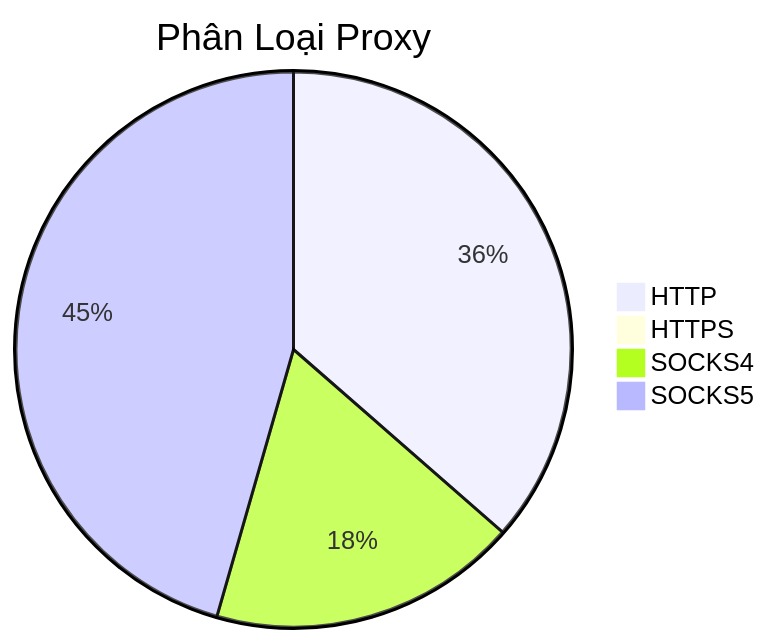
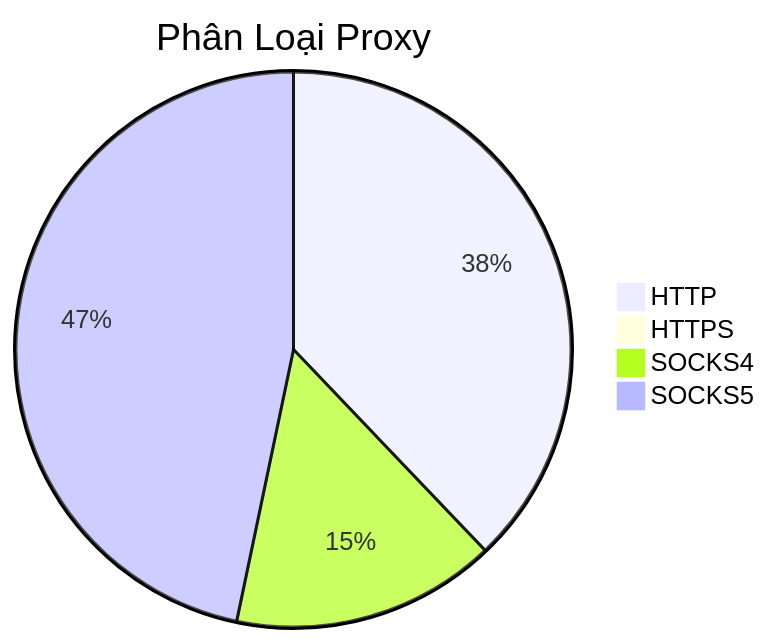
One commit to Ciara-12/PROXY-free changed the diagram in README.md. Above: the diagram before and after it, drawn with Mermaid. The commit also changed other lines of this file and 3 other files, not shown here.

````diff
--- a/README.md
+++ b/README.md
@@ -26,7 +26,7 @@
 ```mermaid
 pie title Phân Loại Proxy
-    "HTTP" : 475
+    "HTTP" : 1067
     "HTTPS" : 2
-    "SOCKS4" : 235
-    "SOCKS5" : 594
+    "SOCKS4" : 434
+    "SOCKS5" : 1316
 ```
````
